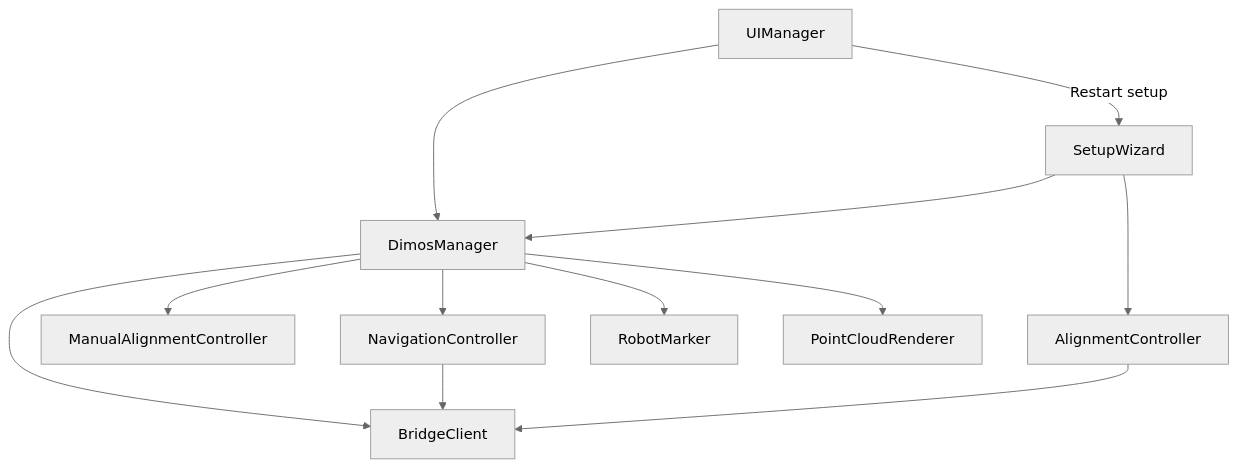
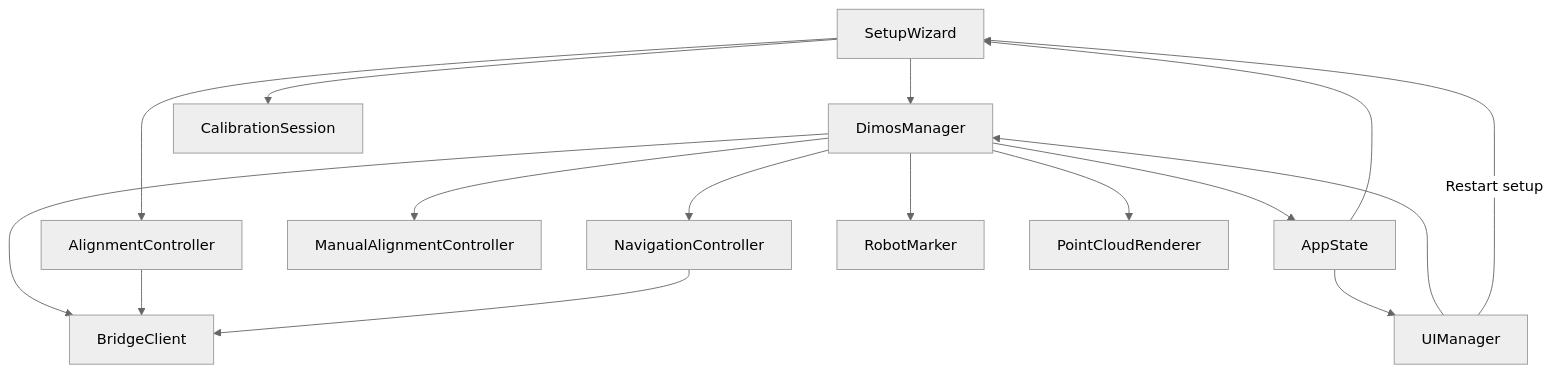
The second of 3 diagrams in README.md (V4C38/spectacles-dimensional-os), drawn with Mermaid (neutral theme) before and after one commit. The commit also changed other lines of this file and 65 other files, not shown here.

````diff
--- a/README.md
+++ b/README.md
@@ -98,14 +100,18 @@
 ```mermaid
 flowchart TB
   SetupWizard[SetupWizard] --> DimosManager[DimosManager]
+  SetupWizard --> CalibrationSession[CalibrationSession]
   SetupWizard --> AlignmentController[AlignmentController]
   UIManager[UIManager] --> DimosManager
   UIManager -->|"Restart setup"| SetupWizard
   DimosManager --> BridgeClient[BridgeClient]
+  DimosManager --> AppState[AppState]
   DimosManager --> ManualAlignment[ManualAlignmentController]
   DimosManager --> Navigation[NavigationController]
   DimosManager --> RobotMarker[RobotMarker]
   DimosManager --> PointCloud[PointCloudRenderer]
+  AppState --> UIManager
+  AppState --> SetupWizard
   AlignmentController --> BridgeClient
   Navigation --> BridgeClient
 ```
````
